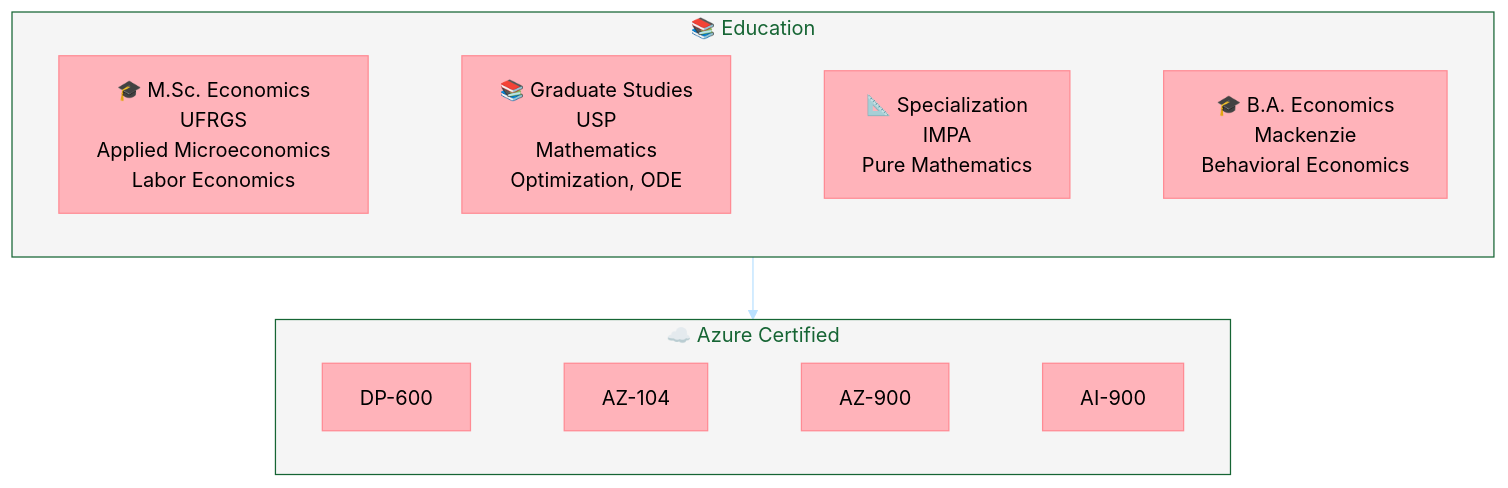
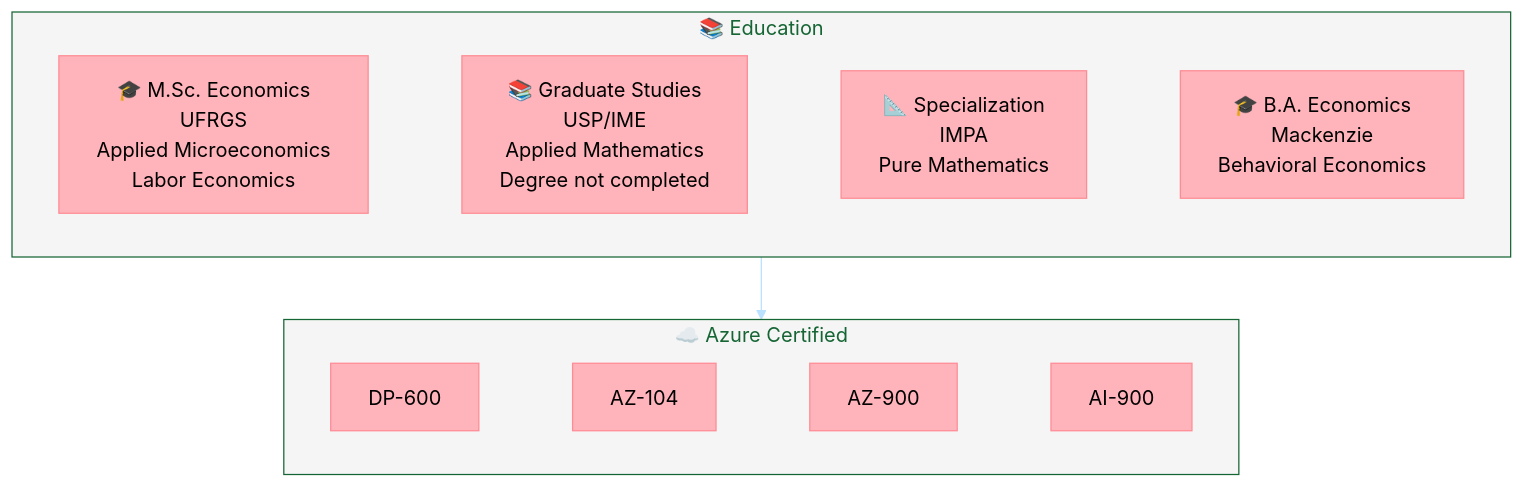
One commit to Cataldir/Cataldir changed the diagram in README.md. Above: the diagram before and after it, drawn with Mermaid. The commit also changed other lines of this file, not shown here.

Commit message:
Update profile README

````diff
--- a/README.md
+++ b/README.md
@@ -90,25 +90,25 @@
 ```mermaid
 %%{init: {'theme':'base', 'themeVariables': {
     'primaryColor':'#FFB3BA',
     'primaryTextColor':'#000',
     'primaryBorderColor':'#FF8B94',
     'lineColor':'#BAE1FF',
     'secondaryColor':'#BAE1FF',
     'tertiaryColor':'#FFFFFF'
 }}}%%
 flowchart TB
     subgraph edu["📚 Education"]
         direction LR
-        msc2["🎓 M.Sc. Economics<br>UFRGS<br>Applied Microeconomics<br>Labor Economics"] ~~~ msc1["📚 Graduate Studies<br>USP<br>Mathematics<br>Optimization, ODE"] ~~~ impa["📐 Specialization<br>IMPA<br>Pure Mathematics"] ~~~ ba["🎓 B.A. Economics<br>Mackenzie<br>Behavioral Economics"]
+        msc2["🎓 M.Sc. Economics<br>UFRGS<br>Applied Microeconomics<br>Labor Economics"] ~~~ msc1["📚 Graduate Studies<br>USP/IME<br>Applied Mathematics<br>Degree not completed"] ~~~ impa["📐 Specialization<br>IMPA<br>Pure Mathematics"] ~~~ ba["🎓 B.A. Economics<br>Mackenzie<br>Behavioral Economics"]
     end
 
     subgraph certs["☁️ Azure Certified"]
         direction LR
         dp600["DP-600"] ~~~ az104["AZ-104"] ~~~ az900["AZ-900"] ~~~ ai900["AI-900"]
     end
 
     edu --> certs
 
     style edu fill:#f5f5f5,stroke:#166534,color:#166534
     style certs fill:#f5f5f5,stroke:#166534,color:#166534
 ```
````
